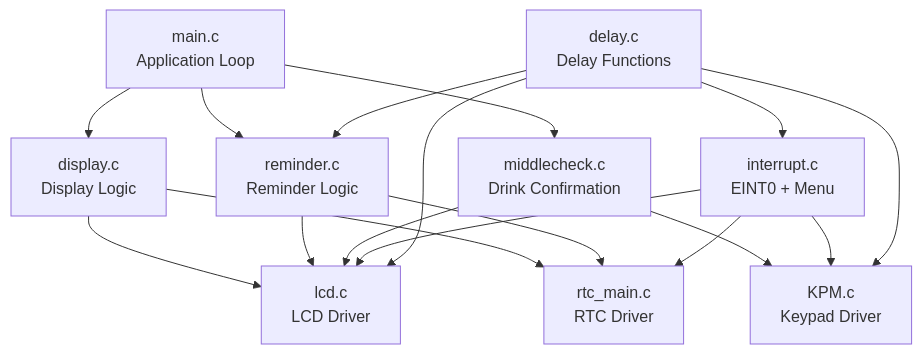
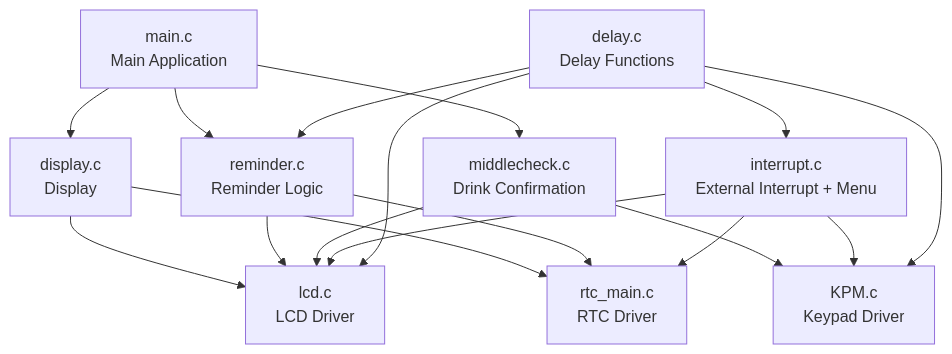
Before and after one commit to JoelUghade/AquaGuardian-Smart-Water-Drinking-Reminder-System-: the third of 3 diagrams in README.md, drawn with Mermaid. The commit also changed other lines of this file, not shown here.

````diff
--- a/README.md
+++ b/README.md
@@ -309,26 +416,26 @@
 ```mermaid
 flowchart TD
-    MAIN[main.c<br/>Application Loop]
+    MAIN[main.c<br/>Main Application]
 
-    MAIN --> DISPLAY[display.c<br/>Display Logic]
+    MAIN --> DISPLAY[display.c<br/>Display]
     MAIN --> REM[reminder.c<br/>Reminder Logic]
     MAIN --> MID[middlecheck.c<br/>Drink Confirmation]
 
     DISPLAY --> LCD[lcd.c<br/>LCD Driver]
     DISPLAY --> RTC[rtc_main.c<br/>RTC Driver]
 
     REM --> LCD
     REM --> RTC
 
     MID --> KPM[KPM.c<br/>Keypad Driver]
     MID --> LCD
 
-    INT[interrupt.c<br/>EINT0 + Menu] --> KPM
+    INT[interrupt.c<br/>External Interrupt + Menu] --> KPM
     INT --> LCD
     INT --> RTC
 
     DELAY[delay.c<br/>Delay Functions] --> LCD
     DELAY --> KPM
     DELAY --> REM
     DELAY --> INT
 ```
````
